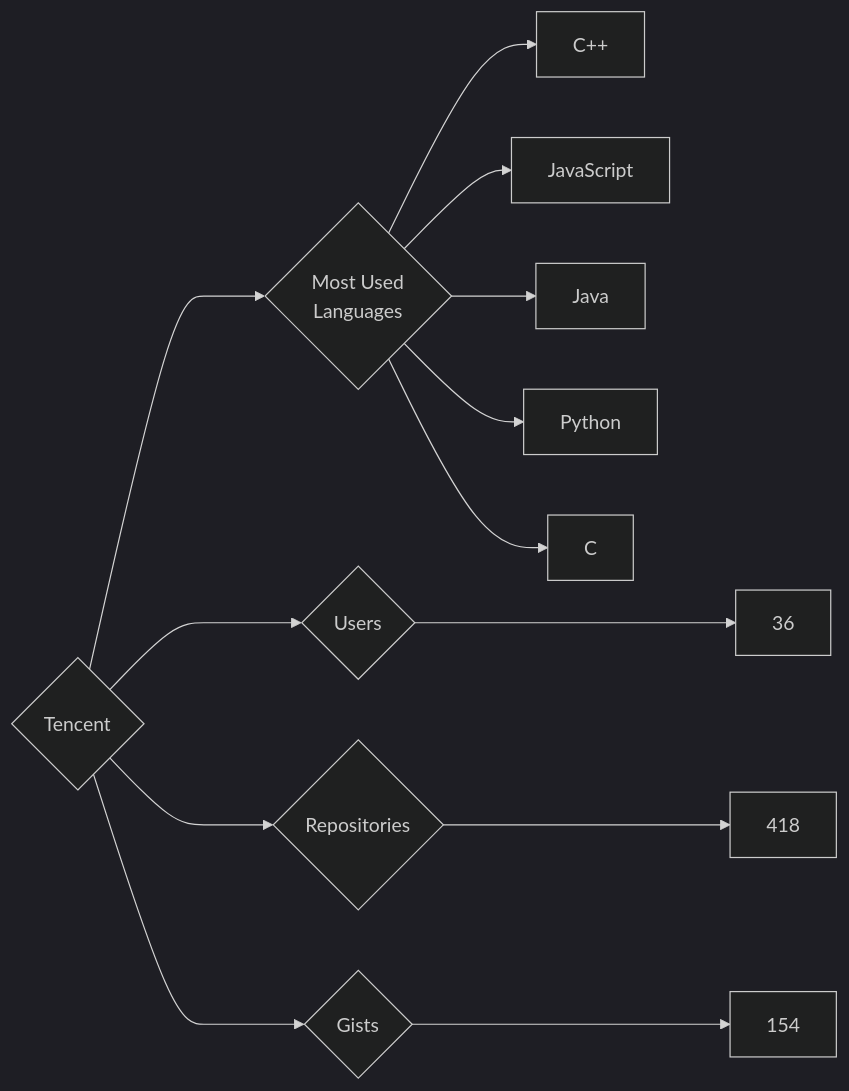
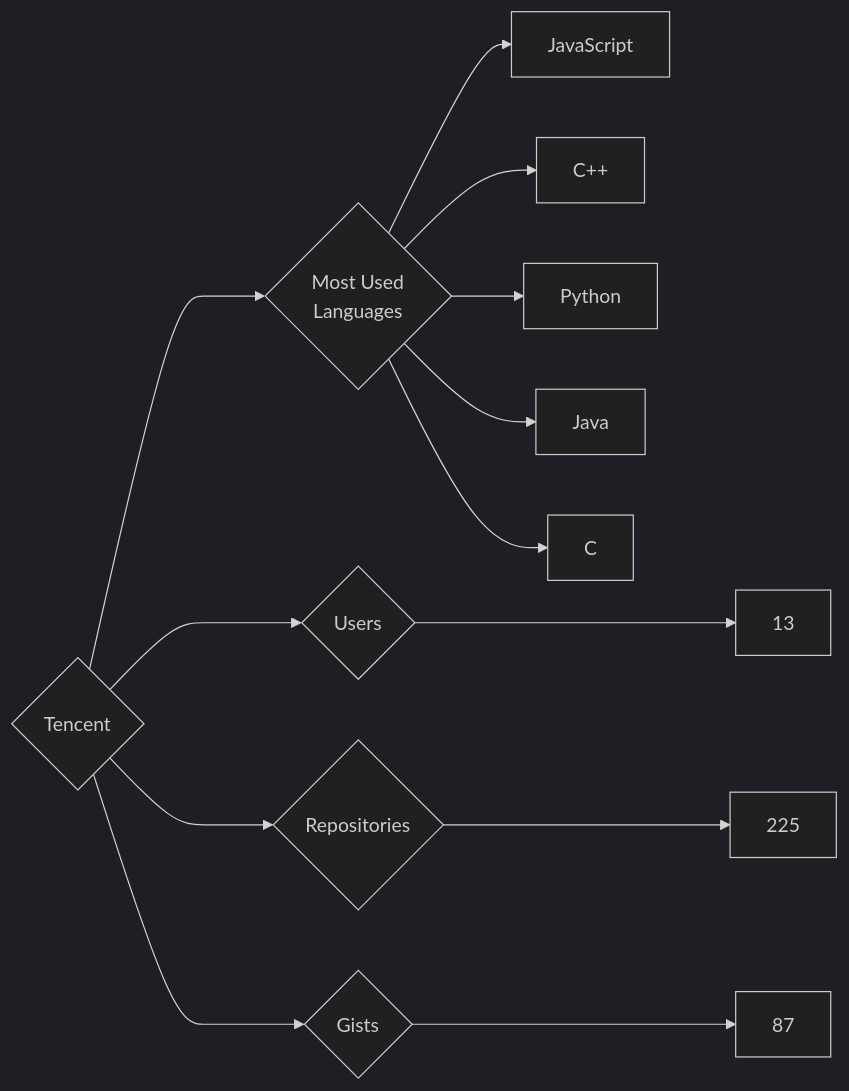
One commit to trickest/insiders changed the diagram in targets/Tencent/README.md. Above: the diagram before and after it, drawn with Mermaid (dark theme). The commit also changed 912 other files, not shown here.

````diff
--- a/targets/Tencent/README.md
+++ b/targets/Tencent/README.md
@@ -3,13 +3,13 @@
 ```mermaid
 graph LR
 COMPANY_NAME{Tencent}
-COMPANY_NAME ---> U{Users} ---> UN[36]
-COMPANY_NAME ---> R{Repositories} ---> RN[418]
-COMPANY_NAME ---> G{Gists} ---> GN[154]
+COMPANY_NAME ---> U{Users} ---> UN[13]
+COMPANY_NAME ---> R{Repositories} ---> RN[225]
+COMPANY_NAME ---> G{Gists} ---> GN[87]
 COMPANY_NAME ---> ML{Most Used<br>Languages}
+ML --> JavaScript[JavaScript]
 ML --> C++[C++]
-ML --> JavaScript[JavaScript]
+ML --> Python[Python]
 ML --> Java[Java]
-ML --> Python[Python]
 ML --> C[C]
 ```
````
